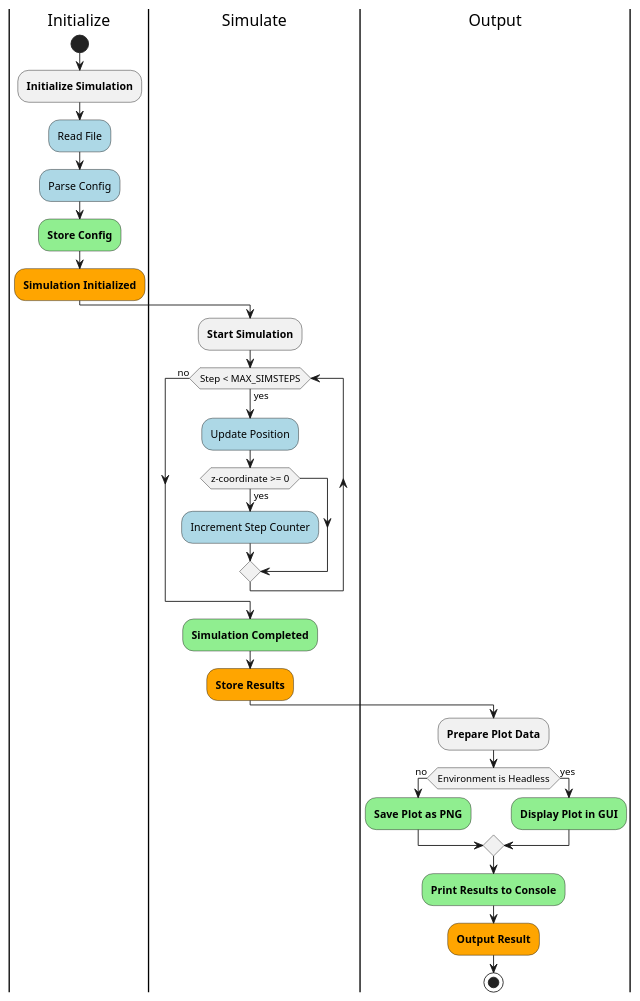
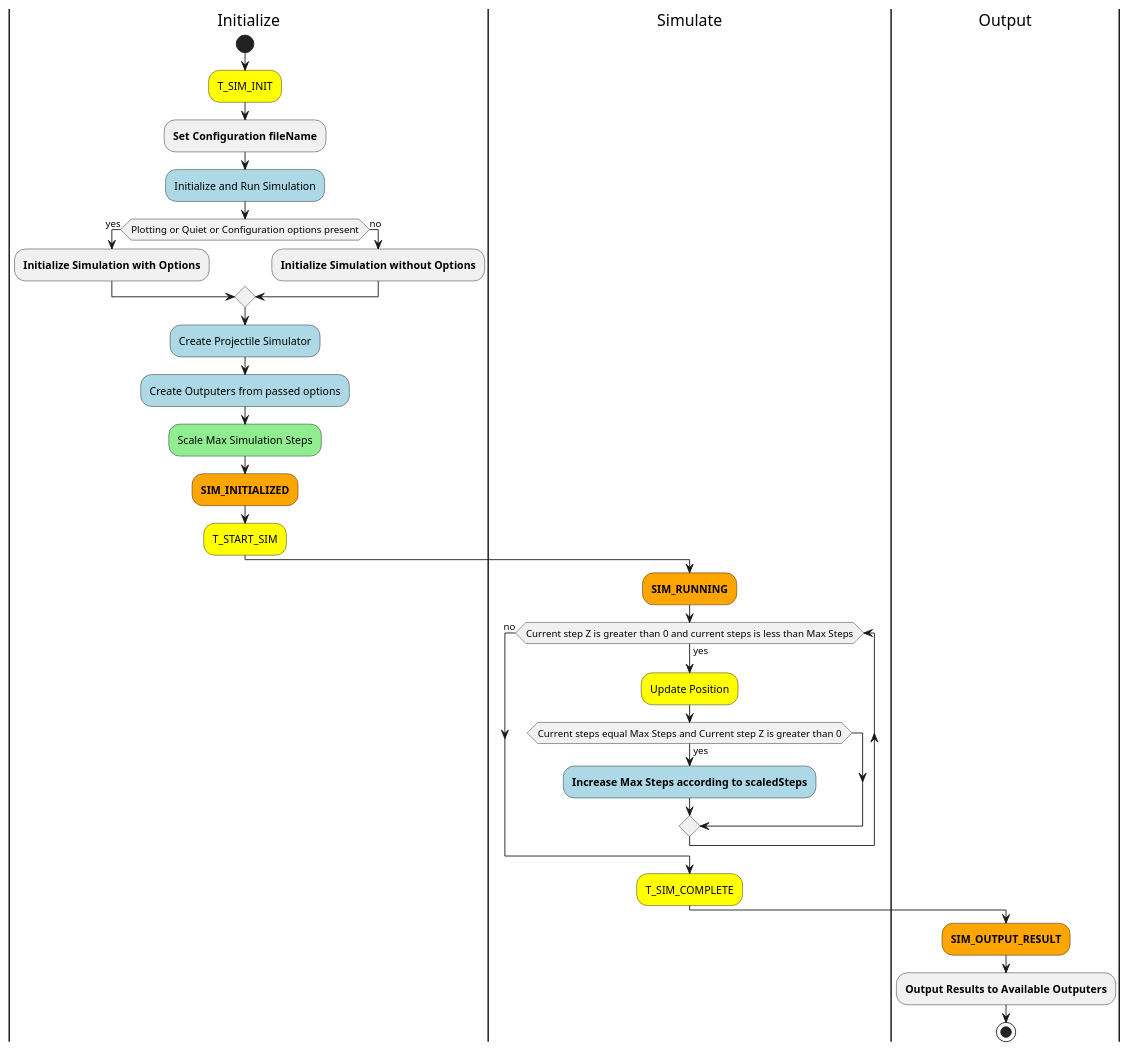
Before and after one commit to katanallama/projectile-simulation-suite: the second of 2 diagrams in docs/res/testing.org, drawn with PlantUML. The commit also changed other lines of this file and 3 other files, not shown here.

```diff
--- a/docs/res/testing.org
+++ b/docs/res/testing.org
@@ -166,33 +403,34 @@
 #+begin_src plantuml :file detailed-fsm.png
 @startuml
 |Initialize|
 start
-:**Initialize Simulation**;
-#lightblue:Read File;
-#lightblue:Parse Config;
-#lightgreen:**Store Config**;
-#orange:**Simulation Initialized**;
+#yellow:T_SIM_INIT;
+:**Set Configuration fileName**;
+#lightblue:Initialize and Run Simulation;
+if (Plotting or Quiet or Configuration options present) then (yes)
+  :**Initialize Simulation with Options**;
+else (no)
+  :**Initialize Simulation without Options**;
+endif
+#lightblue:Create Projectile Simulator;
+#lightblue:Create Outputers from passed options;
+#lightgreen:Scale Max Simulation Steps;
+#orange:**SIM_INITIALIZED**;
+#yellow:T_START_SIM;
 
 |Simulate|
-:**Start Simulation**;
-while (Step < MAX_SIMSTEPS) is (yes)
-  #lightblue:Update Position;
-  if (z-coordinate >= 0) then (yes)
-    #lightblue:Increment Step Counter;
+#orange:**SIM_RUNNING**;
+while (Current step Z is greater than 0 and current steps is less than Max Steps) is (yes)
+  #yellow:Update Position;
+  if (Current steps equal Max Steps and Current step Z is greater than 0) then (yes)
+    #lightblue:**Increase Max Steps according to scaledSteps**;
   endif
 endwhile (no)
-#lightgreen:**Simulation Completed**;
-#orange:**Store Results**;
+#yellow:T_SIM_COMPLETE;
 
 |Output|
-:**Prepare Plot Data**;
-if (Environment is Headless) then (no)
-  #lightgreen:**Save Plot as PNG**;
-else (yes)
-  #lightgreen:**Display Plot in GUI**;
-endif
-#lightgreen:**Print Results to Console**;
-#orange:**Output Result**;
+#orange:**SIM_OUTPUT_RESULT**;
+:**Output Results to Available Outputers**;
 stop
 @enduml
 #+end_src
```
